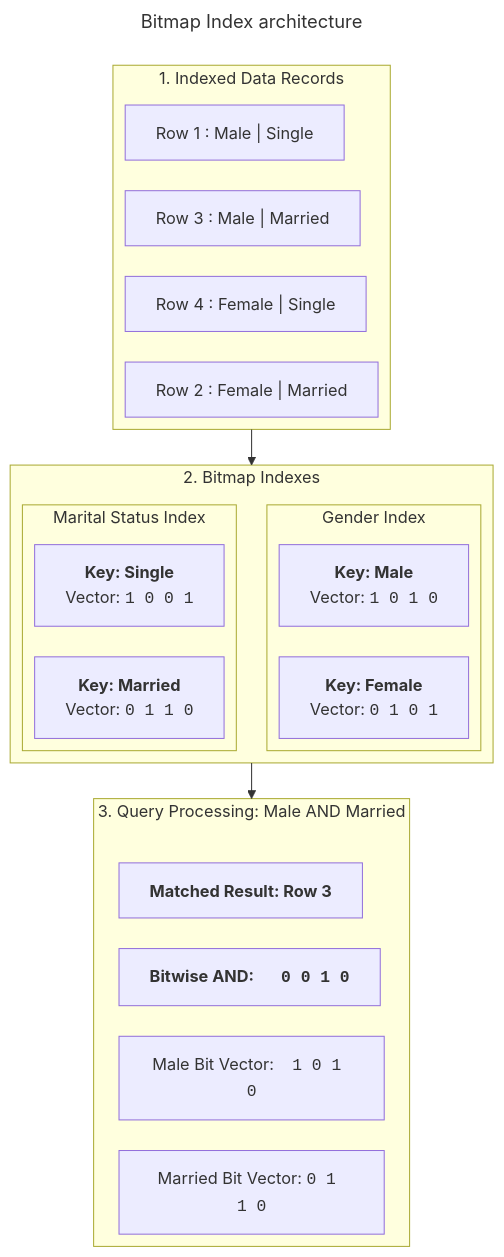
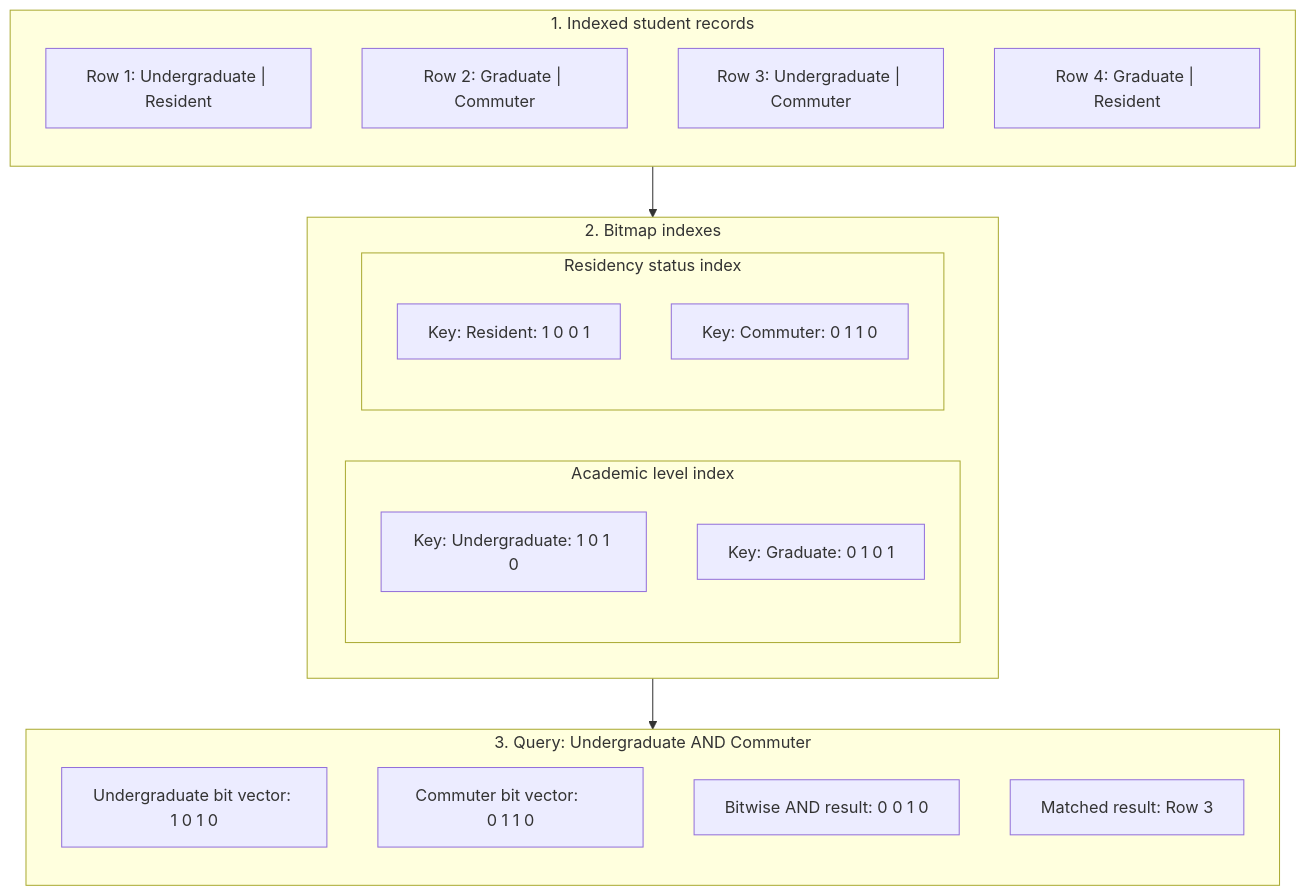
One commit to VineethChivukula/dedocs changed the fourth of 4 diagrams in content/sql/indexing-internals.md. Above: the diagram before and after it, drawn with Mermaid. The commit also changed other lines of this file and 26 other files, not shown here.

````diff
--- a/content/sql/indexing-internals.md
+++ b/content/sql/indexing-internals.md
@@ -148,44 +137,35 @@
 ```mermaid
----
-title: Bitmap Index architecture
-config:
-  layout: elk
----
 flowchart TD
-    %% Step 1: Base Data Table
-    subgraph Data ["1. Indexed Data Records"]
+    subgraph Data ["1. Indexed student records"]
         direction TB
-        R1["Row 1 : Male | Single"]
-        R2["Row 2 : Female | Married"]
-        R3["Row 3 : Male | Married"]
-        R4["Row 4 : Female | Single"]
+        R1["Row 1: Undergraduate | Resident"]
+        R2["Row 2: Graduate | Commuter"]
+        R3["Row 3: Undergraduate | Commuter"]
+        R4["Row 4: Graduate | Resident"]
     end
 
-    %% Step 2: Bitmap Vectors
-    subgraph Indexes ["2. Bitmap Indexes"]
-        subgraph GenderIdx ["Gender Index"]
+    subgraph Indexes ["2. Bitmap indexes"]
+        subgraph LevelIdx ["Academic level index"]
             direction TB
-            BM_M["<b>Key: Male</b><br/>Vector: <code>1 0 1 0</code>"]
-            BM_F["<b>Key: Female</b><br/>Vector: <code>0 1 0 1</code>"]
+            BM_U["Key: Undergraduate: 1 0 1 0"]
+            BM_G["Key: Graduate: 0 1 0 1"]
         end
 
-        subgraph StatusIdx ["Marital Status Index"]
+        subgraph StatusIdx ["Residency status index"]
             direction TB
-            BM_S["<b>Key: Single</b><br/>Vector: <code>1 0 0 1</code>"]
-            BM_Mrd["<b>Key: Married</b><br/>Vector: <code>0 1 1 0</code>"]
+            BM_R["Key: Resident: 1 0 0 1"]
+            BM_C["Key: Commuter: 0 1 1 0"]
         end
     end
 
-    %% Step 3: Query Execution via Bitwise AND
-    subgraph Query ["3. Query Processing: Male AND Married"]
+    subgraph Query ["3. Query: Undergraduate AND Commuter"]
         direction TB
-        Q1["Male Bit Vector: &nbsp;&nbsp; <code>1 0 1 0</code>"]
-        Q2["Married Bit Vector: <code>0 1 1 0</code>"]
-        Q3["<b>Bitwise AND: &nbsp;&nbsp;&nbsp;&nbsp;&nbsp; <code>0 0 1 0</code></b>"]
-        Q4["<b>Matched Result: Row 3</b>"]
+        Q1["Undergraduate bit vector: 1 0 1 0"]
+        Q2["Commuter bit vector:      0 1 1 0"]
+        Q3["Bitwise AND result:       0 0 1 0"]
+        Q4["Matched result: Row 3"]
     end
 
-    %% Relations
     Data --> Indexes
     Indexes --> Query
 ```
````
